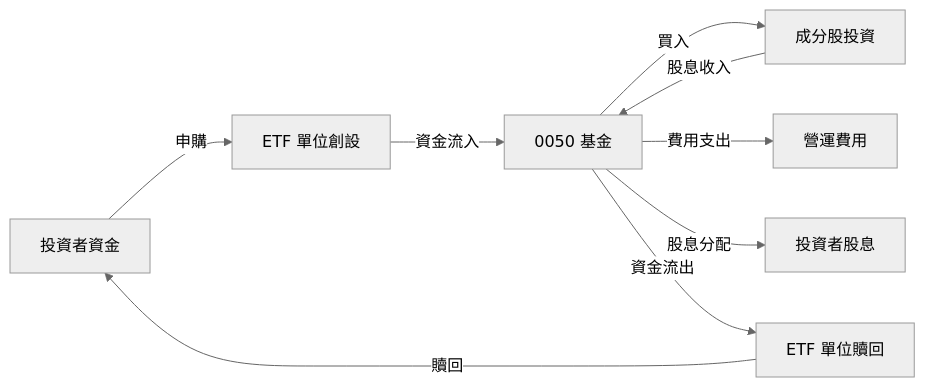
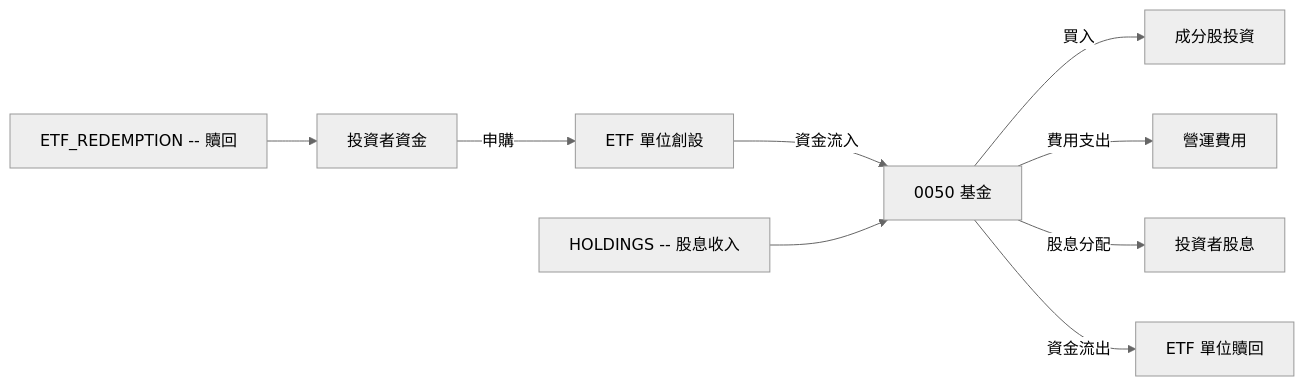
Before and after one commit to yennanliu/finance_data: the seventh of 14 diagrams in ai_gen_report/stock/0050/fundamental_analysis_2026-06-28_gemini.md, drawn with Mermaid (neutral theme). The commit also changed 2258 other files, not shown here.

First line of the commit message:
chore: backfill Mermaid syntax repair across existing reports

````diff
--- a/ai_gen_report/stock/0050/fundamental_analysis_2026-06-28_gemini.md
+++ b/ai_gen_report/stock/0050/fundamental_analysis_2026-06-28_gemini.md
@@ -397,11 +397,11 @@
 ```mermaid
 graph LR
     I["投資者資金"] -- 申購 --> ETF_CREATION["ETF 單位創設"]
     ETF_CREATION -- 資金流入 --> ETF_FUND["0050 基金"]
     ETF_FUND -- 買入 --> HOLDINGS["成分股投資"]
-    HOLDINGS -- 股息收入 --> ETF_FUND
+    nb1["HOLDINGS -- 股息收入"] --> ETF_FUND
     ETF_FUND -- 費用支出 --> EXPENSES["營運費用"]
     ETF_FUND -- 股息分配 --> DIVIDENDS["投資者股息"]
     ETF_FUND -- 資金流出 --> ETF_REDEMPTION["ETF 單位贖回"]
-    ETF_REDEMPTION -- 贖回 --> I
+    nb2["ETF_REDEMPTION -- 贖回"] --> I
 ```
````
